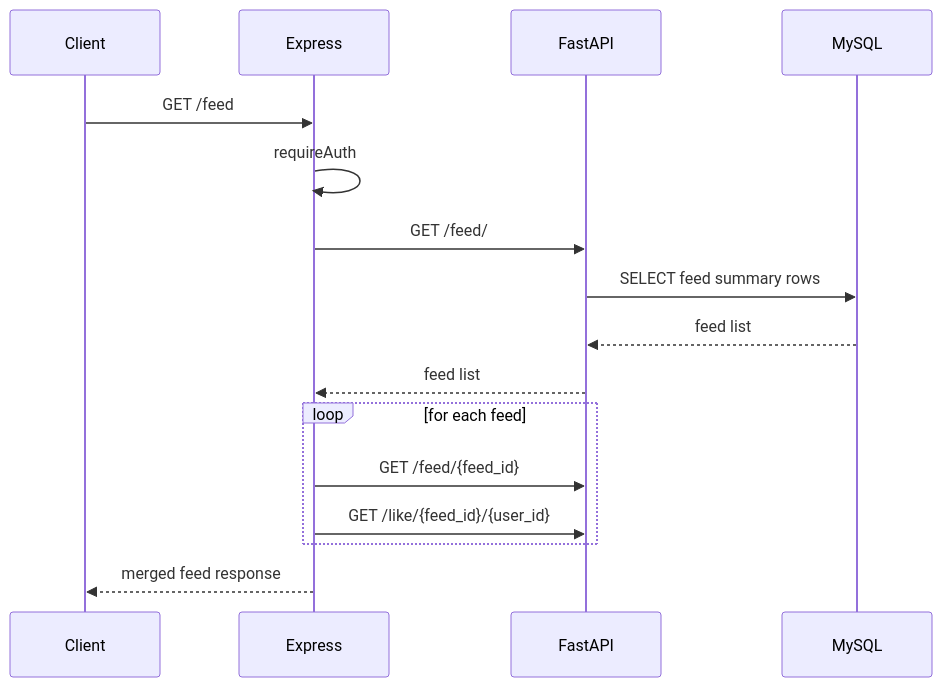
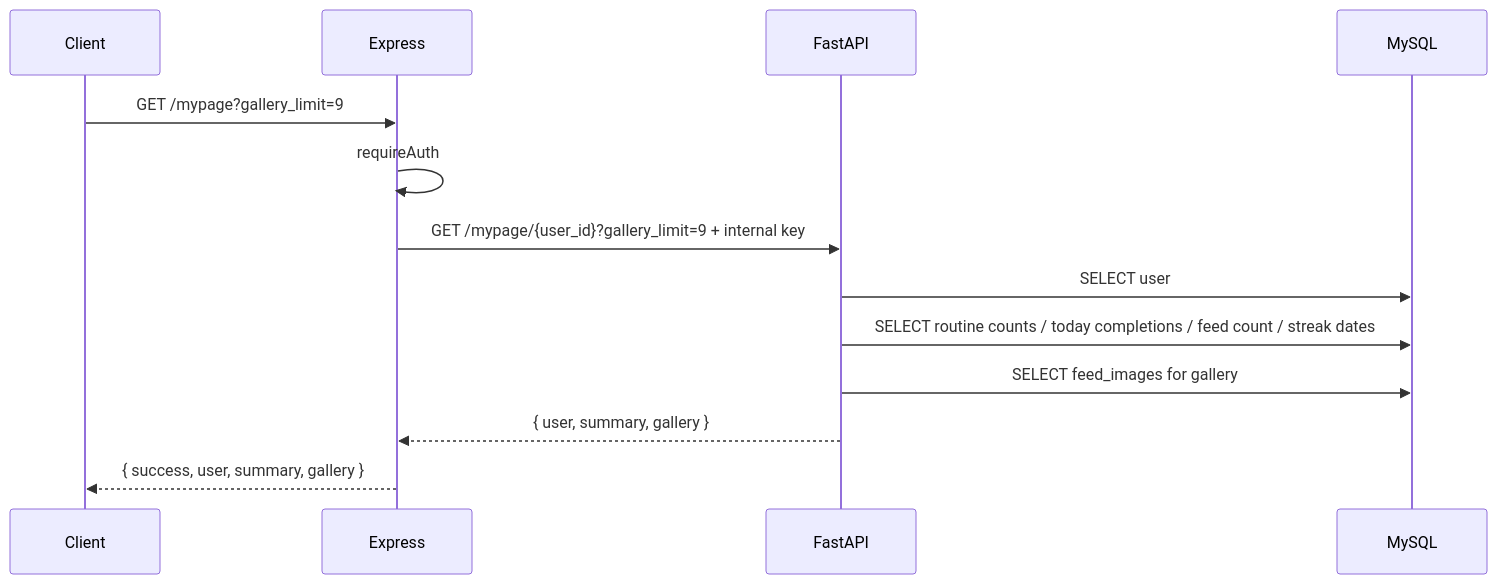
Diagram 13 of 16 in docs/architecture-overview.md (junseoja/capston), drawn with Mermaid before and after one commit. The commit also changed other lines of this file and 20 other files, not shown here.

````diff
--- a/docs/architecture-overview.md
+++ b/docs/architecture-overview.md
@@ -328,21 +460,16 @@
 ```mermaid
 sequenceDiagram
     participant C as Client
     participant E as Express
     participant F as FastAPI
     participant D as MySQL
 
-    C->>E: GET /feed
+    C->>E: GET /mypage?gallery_limit=9
     E->>E: requireAuth
-    E->>F: GET /feed/
-    F->>D: SELECT feed summary rows
-    D-->>F: feed list
-    F-->>E: feed list
-
-    loop for each feed
-        E->>F: GET /feed/{feed_id}
-        E->>F: GET /like/{feed_id}/{user_id}
-    end
-
-    E-->>C: merged feed response
+    E->>F: GET /mypage/{user_id}?gallery_limit=9 + internal key
+    F->>D: SELECT user
+    F->>D: SELECT routine counts / today completions / feed count / streak dates
+    F->>D: SELECT feed_images for gallery
+    F-->>E: { user, summary, gallery }
+    E-->>C: { success, user, summary, gallery }
 ```
````
